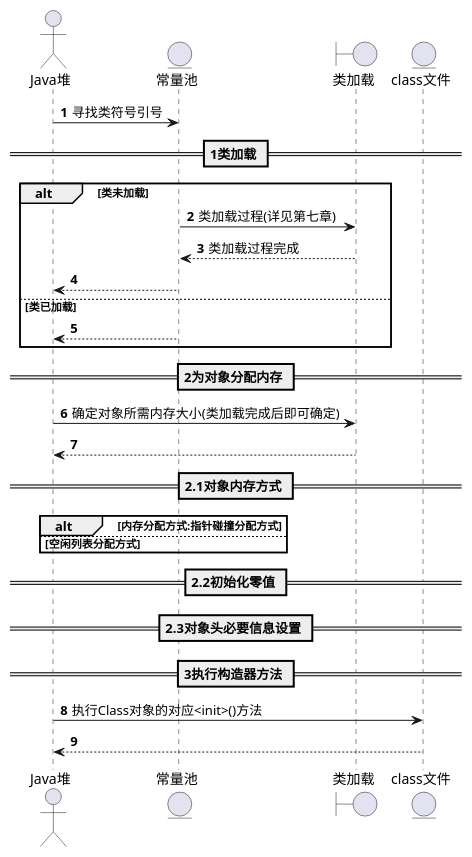
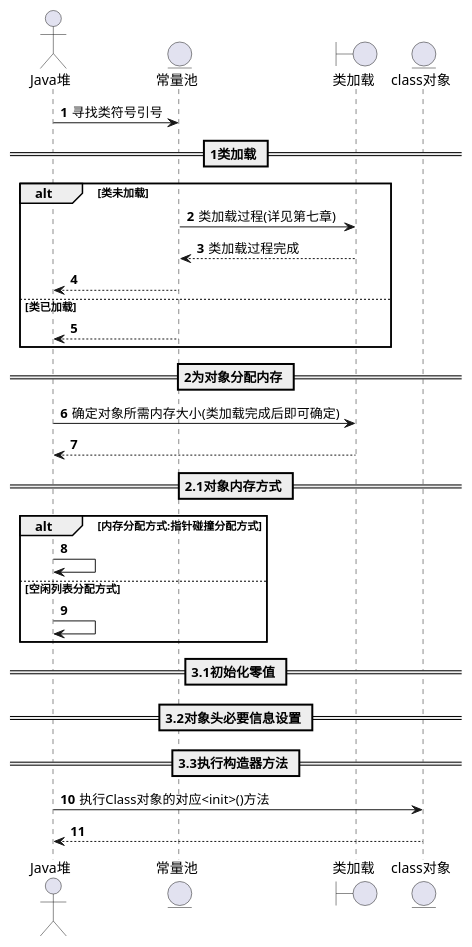
The diagram in java/深入java虚拟机第三版/plantuml/对象创建.puml (chujun/gitbook), drawn with PlantUML before and after one commit.

Commit message:
refactor(对象创建.puml): 对象内存方式

```diff
--- a/java/深入java虚拟机第三版/plantuml/对象创建.puml
+++ b/java/深入java虚拟机第三版/plantuml/对象创建.puml
@@ -1,33 +1,35 @@
 @startuml
 actor Java堆 as heap
 entity 常量池 as pool
 boundary 类加载
-entity class文件 as class
+entity class对象 as class
 autonumber
 
 
 heap -> pool: 寻找类符号引号
 == 1类加载 ==
 alt 类未加载
     pool -> 类加载: 类加载过程(详见第七章)
     类加载 --> pool: 类加载过程完成
     pool--> heap:
 else 类已加载
     pool--> heap:
 end
 == 2为对象分配内存 ==
 heap -> 类加载: 确定对象所需内存大小(类加载完成后即可确定)
 类加载 --> heap:
 
 == 2.1对象内存方式 ==
 alt 内存分配方式:指针碰撞分配方式
+    heap->heap:
 else 空闲列表分配方式
+    heap->heap:
 end
-== 2.2初始化零值 ==
+== 3.1初始化零值 ==
 
-== 2.3对象头必要信息设置 ==
+== 3.2对象头必要信息设置 ==
 
-== 3执行构造器方法 ==
+== 3.3执行构造器方法 ==
 heap -> class: 执行Class对象的对应<init>()方法
 class --> heap:
 @enduml
```
